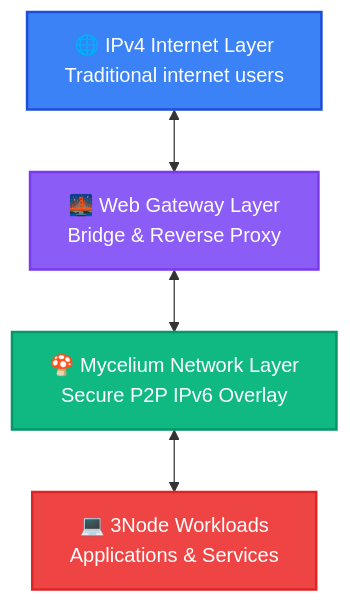
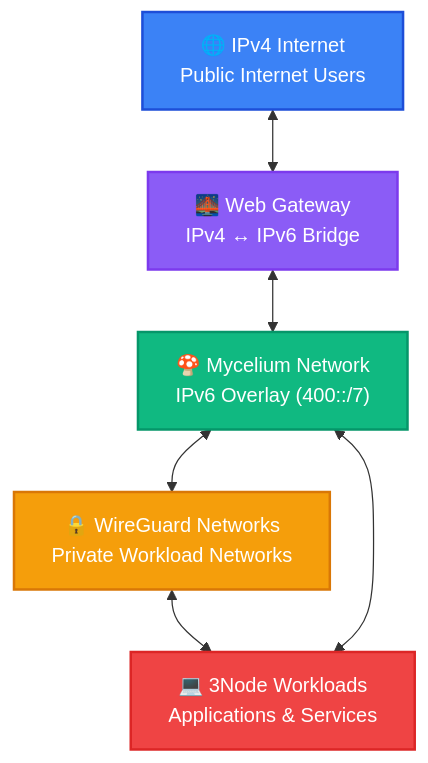
The first of 3 diagrams in labs/docs/documentation/farmers/advanced_networking_toc/web_gateway/web_gateway_architecture.md (threefoldtech/info_grid), drawn with Mermaid before and after one commit. The commit also changed other lines of this file and 3 other files, not shown here.

Commit message:
web gateway update docs

````diff
--- a/labs/docs/documentation/farmers/advanced_networking_toc/web_gateway/web_gateway_architecture.md
+++ b/labs/docs/documentation/farmers/advanced_networking_toc/web_gateway/web_gateway_architecture.md
@@ -20,21 +20,26 @@
 ```mermaid
 graph TB
-    A["🌐 IPv4 Internet Layer<br/>Traditional internet users"] 
-    B["🌉 Web Gateway Layer<br/>Bridge & Reverse Proxy"]
-    C["🍄 Mycelium Network Layer<br/>Secure P2P IPv6 Overlay"]
-    D["💻 3Node Workloads<br/>Applications & Services"]
+    A["🌐 IPv4 Internet<br/>Public Internet Users"] 
+    B["🌉 Web Gateway<br/>IPv4 ↔ IPv6 Bridge"]
+    C["🍄 Mycelium Network<br/>IPv6 Overlay (400::/7)"]
+    D["🔒 WireGuard Networks<br/>Private Workload Networks"]
+    E["💻 3Node Workloads<br/>Applications & Services"]
     
     A <--> B
     B <--> C
     C <--> D
+    D <--> E
+    C <--> E
     
     classDef internetClass fill:#3b82f6,stroke:#1d4ed8,stroke-width:2px,color:#ffffff
     classDef gatewayClass fill:#8b5cf6,stroke:#7c3aed,stroke-width:2px,color:#ffffff
     classDef myceliumClass fill:#10b981,stroke:#059669,stroke-width:2px,color:#ffffff
+    classDef wireguardClass fill:#f59e0b,stroke:#d97706,stroke-width:2px,color:#ffffff
     classDef nodeClass fill:#ef4444,stroke:#dc2626,stroke-width:2px,color:#ffffff
     
     class A internetClass
     class B gatewayClass
     class C myceliumClass
-    class D nodeClass
+    class D wireguardClass
+    class E nodeClass
 ```
````
